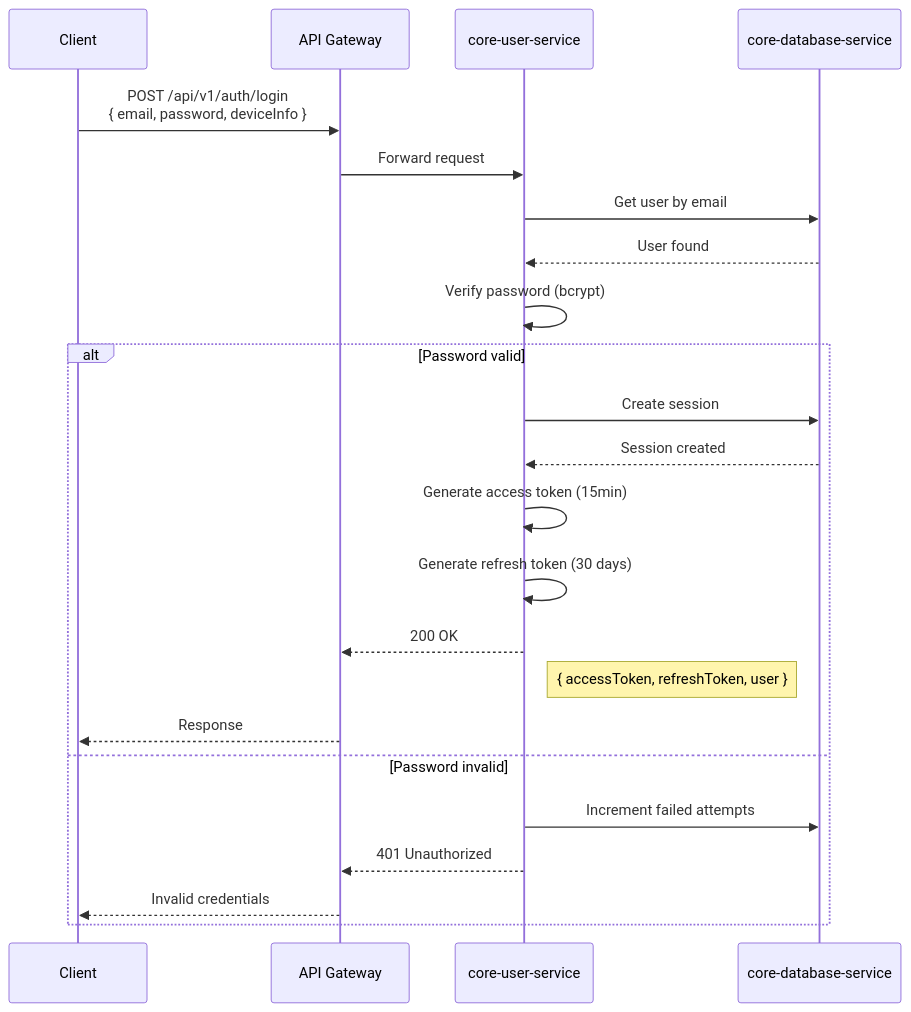
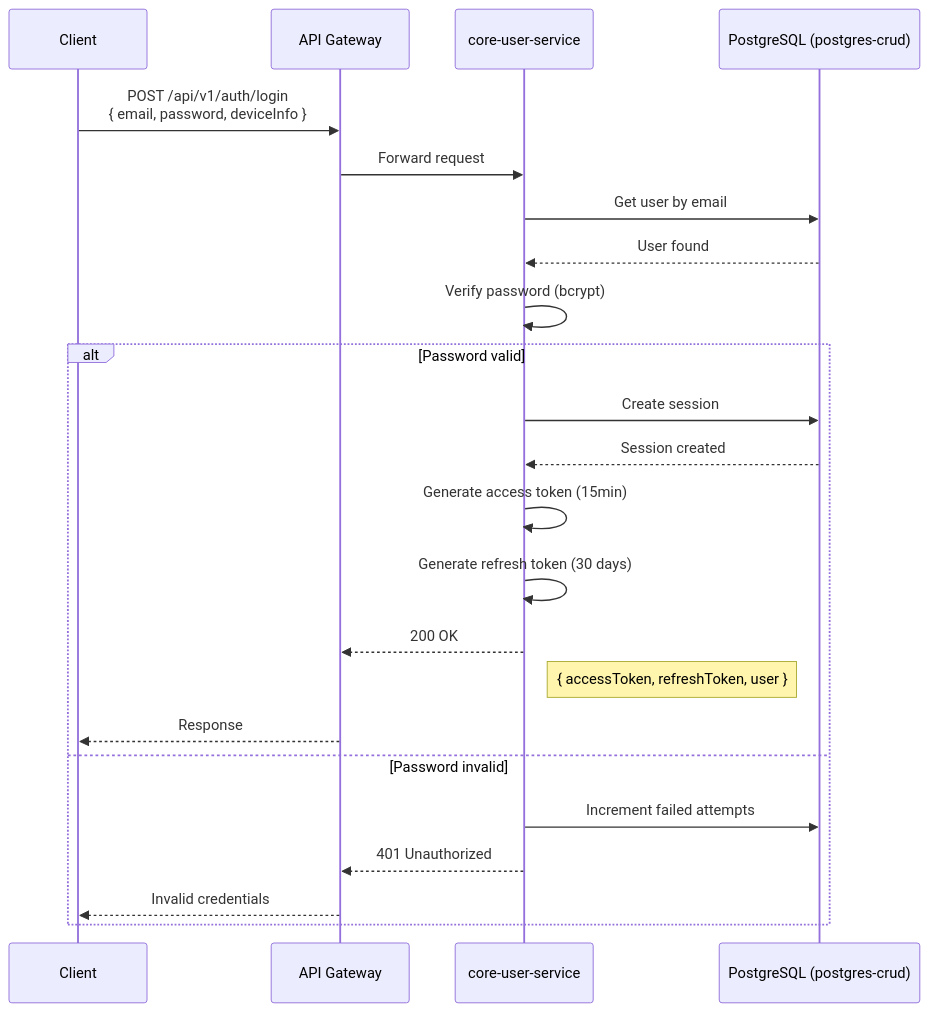
Before and after one commit to VisioBook-ESP/docs-architecture: the fifth of 6 diagrams in microservices/core-user-service.md, drawn with Mermaid. The commit also changed other lines of this file and 15 other files, not shown here.

````diff
--- a/microservices/core-user-service.md
+++ b/microservices/core-user-service.md
@@ -351,31 +351,31 @@
 ```mermaid
 sequenceDiagram
     participant C as Client
     participant GW as API Gateway
     participant US as core-user-service
-    participant DB as core-database-service
+    participant PG as PostgreSQL (postgres-crud)
 
     C->>GW: POST /api/v1/auth/login<br/>{ email, password, deviceInfo }
     GW->>US: Forward request
 
-    US->>DB: Get user by email
-    DB-->>US: User found
+    US->>PG: Get user by email
+    PG-->>US: User found
 
     US->>US: Verify password (bcrypt)
 
     alt Password valid
-        US->>DB: Create session
-        DB-->>US: Session created
+        US->>PG: Create session
+        PG-->>US: Session created
 
         US->>US: Generate access token (15min)
         US->>US: Generate refresh token (30 days)
 
         US-->>GW: 200 OK
         Note right of US: { accessToken, refreshToken, user }
         GW-->>C: Response
     else Password invalid
-        US->>DB: Increment failed attempts
+        US->>PG: Increment failed attempts
         US-->>GW: 401 Unauthorized
         GW-->>C: Invalid credentials
     end
 ```
````
